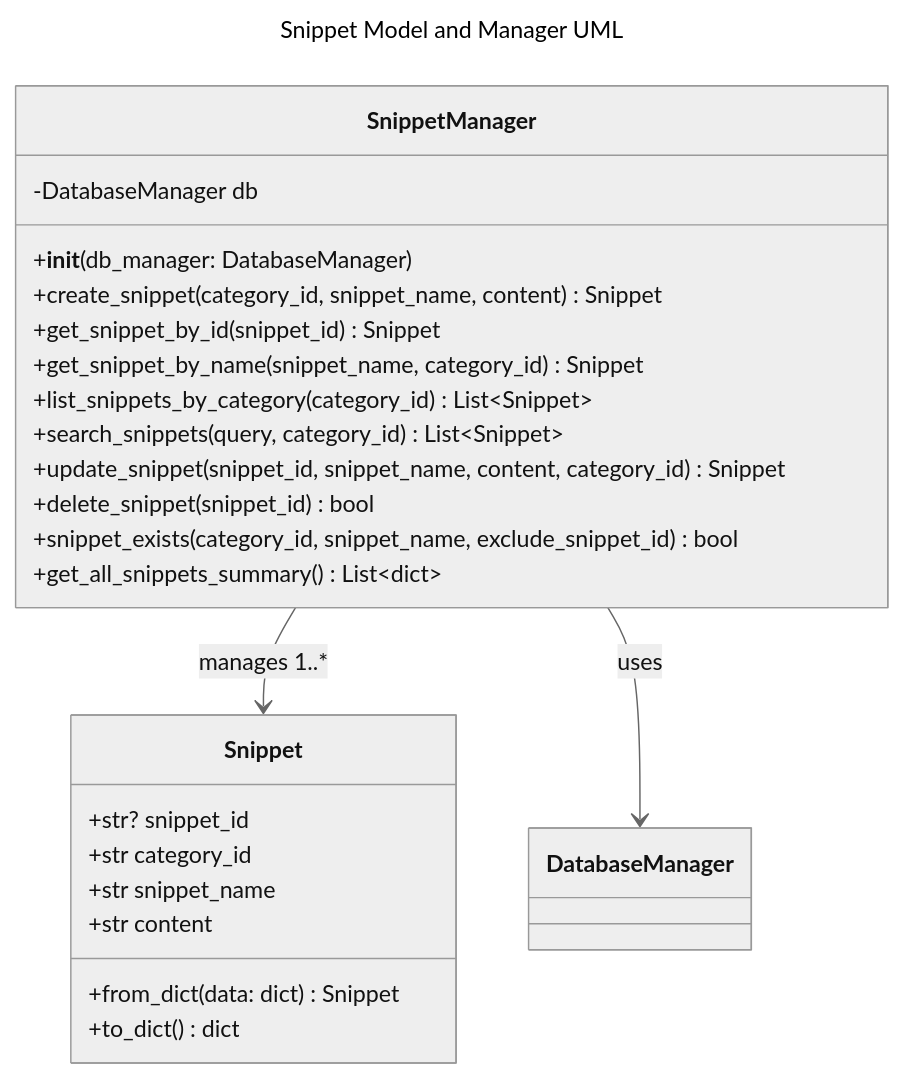
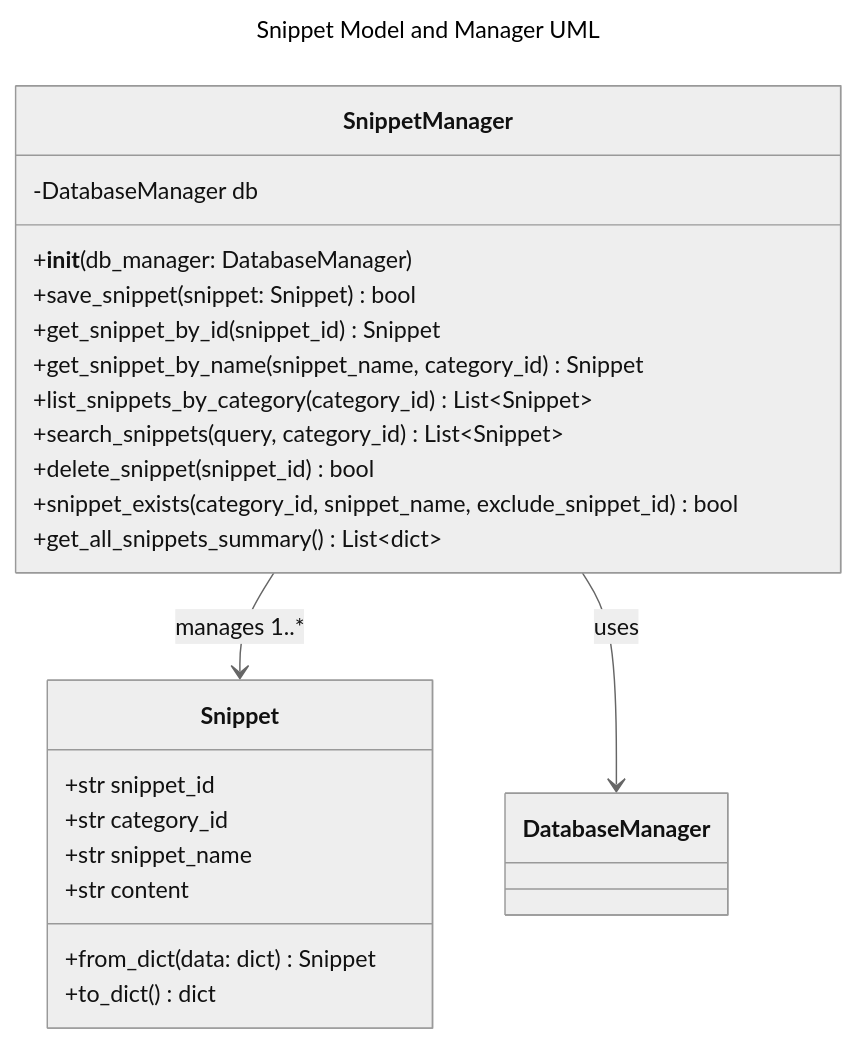
One commit to SeanAdams10/AITypingTrainer changed the diagram in Prompts/Snippet.md. Above: the diagram before and after it, drawn with Mermaid (neutral theme). The commit also changed other lines of this file and 17 other files, not shown here.

````diff
--- a/Prompts/Snippet.md
+++ b/Prompts/Snippet.md
@@ -97,29 +111,28 @@
 ```mermaid
 ---
 title: Snippet Model and Manager UML
 ---
 classDiagram
     class Snippet {
-        +str? snippet_id
+        +str snippet_id
         +str category_id
         +str snippet_name
         +str content
         +from_dict(data: dict) Snippet
         +to_dict() dict
     }
     class SnippetManager {
         -DatabaseManager db
         +__init__(db_manager: DatabaseManager)
-        +create_snippet(category_id, snippet_name, content) Snippet
+        +save_snippet(snippet: Snippet) bool
         +get_snippet_by_id(snippet_id) Snippet
         +get_snippet_by_name(snippet_name, category_id) Snippet
         +list_snippets_by_category(category_id) List~Snippet~
         +search_snippets(query, category_id) List~Snippet~
-        +update_snippet(snippet_id, snippet_name, content, category_id) Snippet
         +delete_snippet(snippet_id) bool
         +snippet_exists(category_id, snippet_name, exclude_snippet_id) bool
         +get_all_snippets_summary() List~dict~
     }
     SnippetManager --> Snippet : manages 1..*
     SnippetManager --> DatabaseManager : uses
 ```
````
